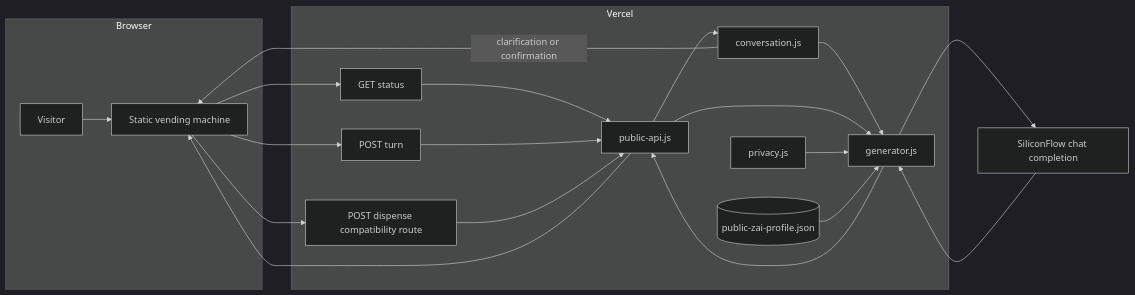
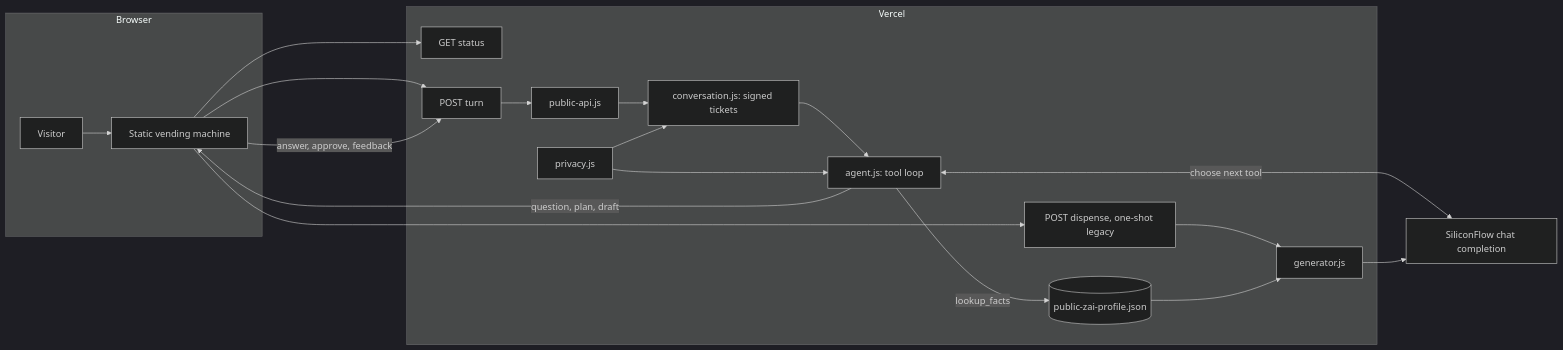
Before and after one commit to zayyyseuc/minimi: the diagram in docs/vending-architecture.md, drawn with Mermaid (dark theme). The commit also changed 4 other files, not shown here.

First line of the commit message:
chore: remove stale system diagram and refresh docs

````diff
--- a/docs/vending-architecture.md
+++ b/docs/vending-architecture.md
@@ -11,26 +11,25 @@
 ```mermaid
 flowchart LR
     subgraph Browser
         Visitor[Visitor] --> UI[Static vending machine]
     end
 
     subgraph Vercel
         UI --> Status[GET status]
         UI --> Turn[POST turn]
-        UI --> Dispense[POST dispense compatibility route]
-        Status --> PublicAPI[public-api.js]
-        Turn --> PublicAPI
-        Dispense --> PublicAPI
-        PublicAPI --> Conversation[conversation.js]
-        Conversation -->|clarification or confirmation| UI
-        Conversation --> Generator[generator.js]
-        PublicAPI --> Generator[generator.js]
-        Privacy[privacy.js] --> Generator
-        Profile[(public-zai-profile.json)] --> Generator
+        UI --> Dispense[POST dispense, one-shot legacy]
+        Turn --> PublicAPI[public-api.js]
+        PublicAPI --> Conversation[conversation.js: signed tickets]
+        Conversation --> Agent[agent.js: tool loop]
+        Agent -->|lookup_facts| Profile[(public-zai-profile.json)]
+        Privacy[privacy.js] --> Conversation
+        Privacy --> Agent
+        Dispense --> Generator[generator.js]
+        Profile --> Generator
     end
 
-    Generator --> SiliconFlow[SiliconFlow chat completion]
-    SiliconFlow --> Generator
-    Generator --> PublicAPI
-    PublicAPI --> UI
+    Agent <-->|choose next tool| SiliconFlow[SiliconFlow chat completion]
+    Generator --> SiliconFlow
+    Agent -->|question, plan, draft| UI
+    UI -->|answer, approve, feedback| Turn
 ```
````
